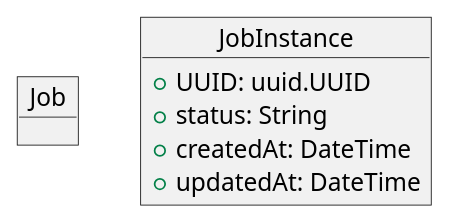
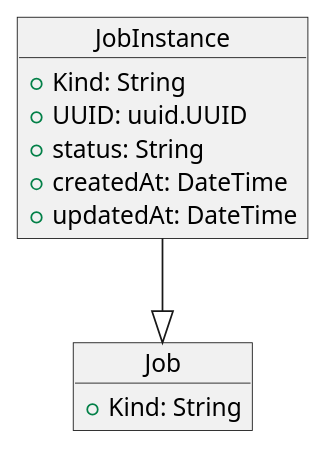
The diagram in doc/img/job_object.pu (cybergarage/go-job), drawn with PlantUML before and after one commit.

Commit message:
Update images

```diff
--- a/doc/img/job_object.pu
+++ b/doc/img/job_object.pu
@@ -1,14 +1,17 @@
 @startuml
 
 object Job{
-
+  +Kind: String
 }
 
 object JobInstance {
+  +Kind: String
   +UUID: uuid.UUID
   +status: String
   +createdAt: DateTime
   +updatedAt: DateTime
 }
 
+JobInstance --|> Job
+
 @enduml
```
